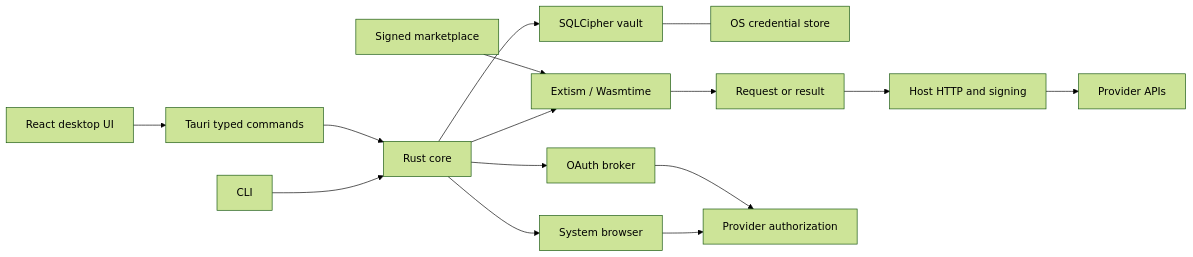
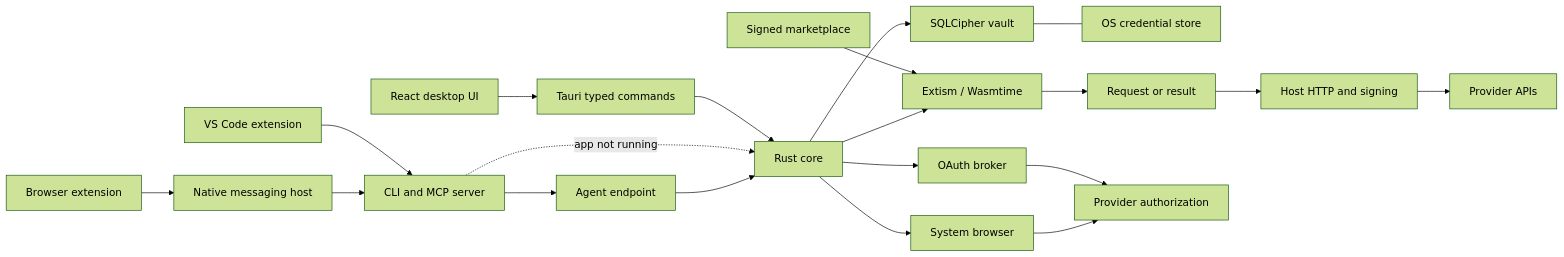
One commit to weilueluo/getkeys changed the first of 2 diagrams in docs/architecture.md. Above: the diagram before and after it, drawn with Mermaid (forest theme). The commit also changed other lines of this file and 138 other files, not shown here.

First line of the commit message:
Extend GetKeys: 18 providers, CLI/MCP/agent endpoint, tray and palette, browser and VS Code extensions

````diff
--- a/docs/architecture.md
+++ b/docs/architecture.md
@@ -5,17 +5,21 @@
 ```mermaid
 flowchart LR
   UI[React desktop UI] --> IPC[Tauri typed commands]
-  CLI[CLI] --> Core[Rust core]
+  CLI[CLI and MCP server] --> Agent[Agent endpoint]
+  Agent --> Core
+  Ext[Browser extension] --> Host[Native messaging host] --> CLI
+  VSCode[VS Code extension] --> CLI
+  CLI -. app not running .-> Core[Rust core]
   IPC --> Core
   Core --> Vault[SQLCipher vault]
   Vault --- OS[OS credential store]
   Core --> Runtime[Extism / Wasmtime]
   Catalog[Signed marketplace] --> Runtime
   Runtime --> Step[Request or result]
   Step --> HTTP[Host HTTP and signing]
   HTTP --> Providers[Provider APIs]
   Core --> Browser[System browser]
   Browser --> OAuth[Provider authorization]
   Core --> Broker[OAuth broker]
   Broker --> OAuth
 ```
````
